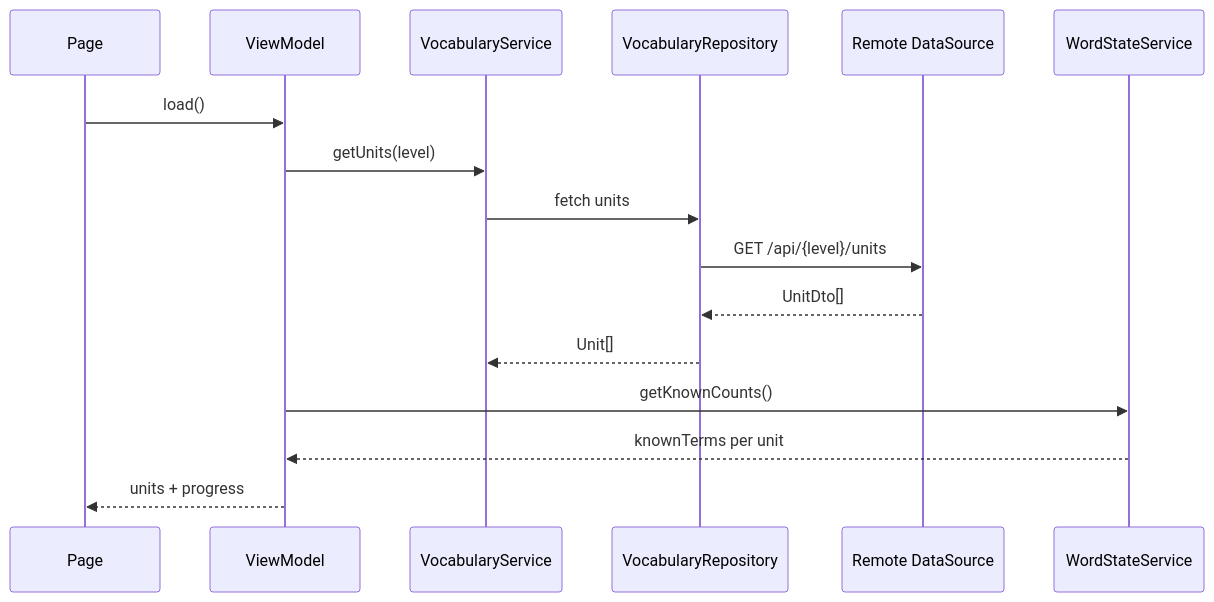
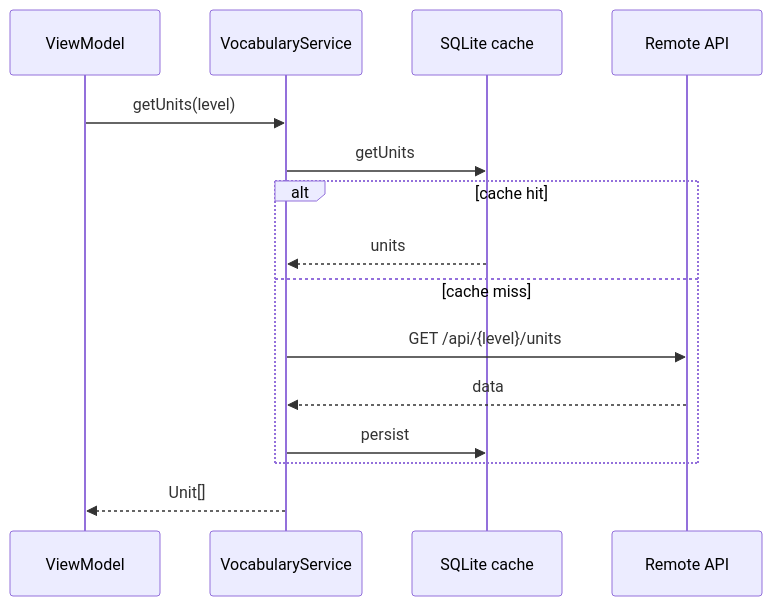
The fourth of 4 diagrams in docs/report.md (lephuonglinga/worduno), drawn with Mermaid before and after one commit. The commit also changed other lines of this file and 5 other files, not shown here.

````diff
--- a/docs/report.md
+++ b/docs/report.md
@@ -469,19 +227,18 @@
 ```mermaid
 sequenceDiagram
-    participant Page
     participant VM as ViewModel
     participant Svc as VocabularyService
-    participant Repo as VocabularyRepository
-    participant API as Remote DataSource
-    participant WS as WordStateService
+    participant Local as SQLite cache
+    participant API as Remote API
 
-    Page->>VM: load()
     VM->>Svc: getUnits(level)
-    Svc->>Repo: fetch units
-    Repo->>API: GET /api/{level}/units
-    API-->>Repo: UnitDto[]
-    Repo-->>Svc: Unit[]
-    VM->>WS: getKnownCounts()
-    WS-->>VM: knownTerms per unit
-    VM-->>Page: units + progress
+    Svc->>Local: getUnits
+    alt cache hit
+        Local-->>Svc: units
+    else cache miss
+        Svc->>API: GET /api/{level}/units
+        API-->>Svc: data
+        Svc->>Local: persist
+    end
+    Svc-->>VM: Unit[]
 ```
````
